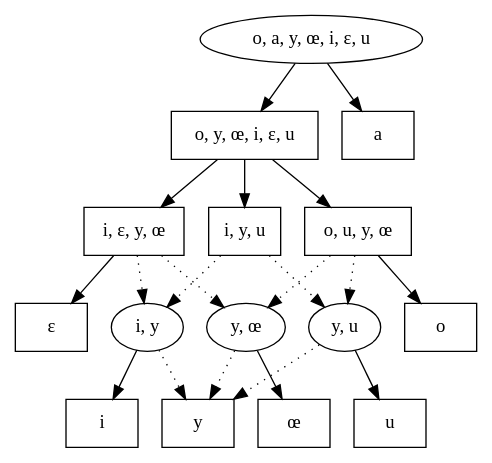
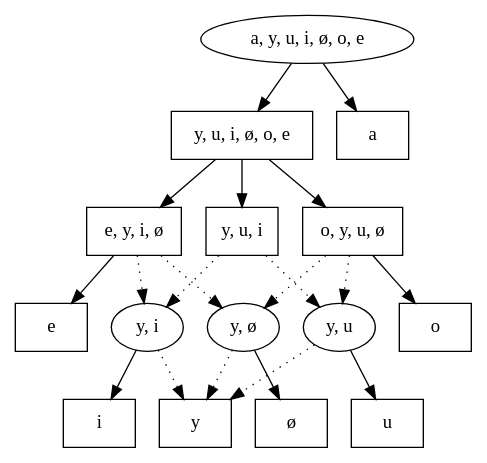
One commit to rdaland/Pheatures changed the diagram in Featurizer/poset_output/paper_vowels_privative.gv. Above: the diagram before and after it, drawn with Graphviz. The commit also changed 72 other files, not shown here.

```diff
--- a/Featurizer/poset_output/paper_vowels_privative.gv
+++ b/Featurizer/poset_output/paper_vowels_privative.gv
@@ -1,37 +1,37 @@
 // None
 digraph {
-	0 [label="o, a, y, œ, i, ɛ, u"]
-	1 [label="o, y, œ, i, ɛ, u",shape=box]
-	2 [label="i, ɛ, y, œ",shape=box]
-	3 [label="o, u, y, œ",shape=box]
-	4 [label="i, y, u",shape=box]
+	0 [label="a, y, u, i, ø, o, e"]
+	1 [label="y, u, i, ø, o, e",shape=box]
+	2 [label="e, y, i, ø",shape=box]
+	3 [label="o, y, u, ø",shape=box]
+	4 [label="y, u, i",shape=box]
 	5 [label="i",shape=box]
 	6 [label="y",shape=box]
 	7 [label="u",shape=box]
-	8 [label="ɛ",shape=box]
-	9 [label="œ",shape=box]
+	8 [label="e",shape=box]
+	9 [label="ø",shape=box]
 	10 [label="o",shape=box]
 	11 [label="a",shape=box]
-	12 [label="y, œ"]
-	13 [label="i, y"]
+	12 [label="y, ø"]
+	13 [label="y, i"]
 	14 [label="y, u"]
 	0 -> 1 []
 	0 -> 11 []
 	1 -> 2 []
 	1 -> 3 []
 	1 -> 4 []
 	2 -> 8 []
 	2 -> 12 [style=dotted]
 	2 -> 13 [style=dotted]
 	3 -> 10 []
 	3 -> 12 [style=dotted]
 	3 -> 14 [style=dotted]
 	4 -> 13 [style=dotted]
 	4 -> 14 [style=dotted]
 	12 -> 6 [style=dotted]
 	12 -> 9 []
 	13 -> 5 []
 	13 -> 6 [style=dotted]
 	14 -> 6 [style=dotted]
 	14 -> 7 []
 }
```
